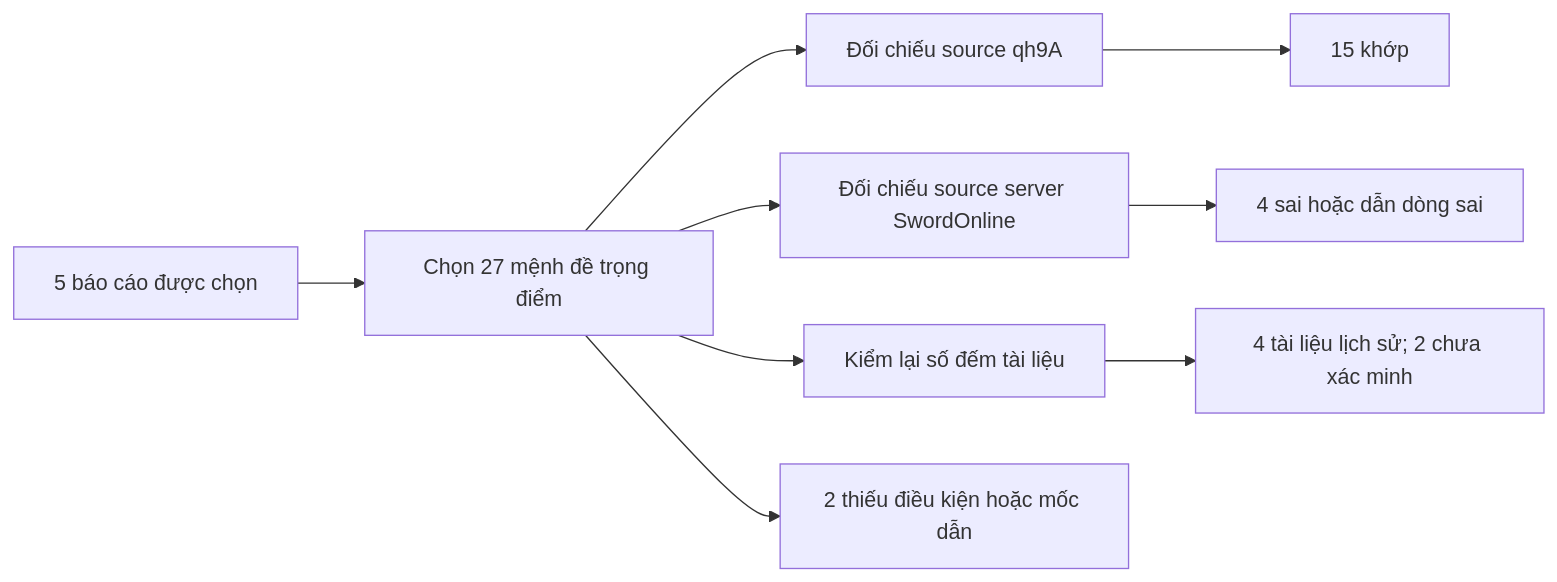
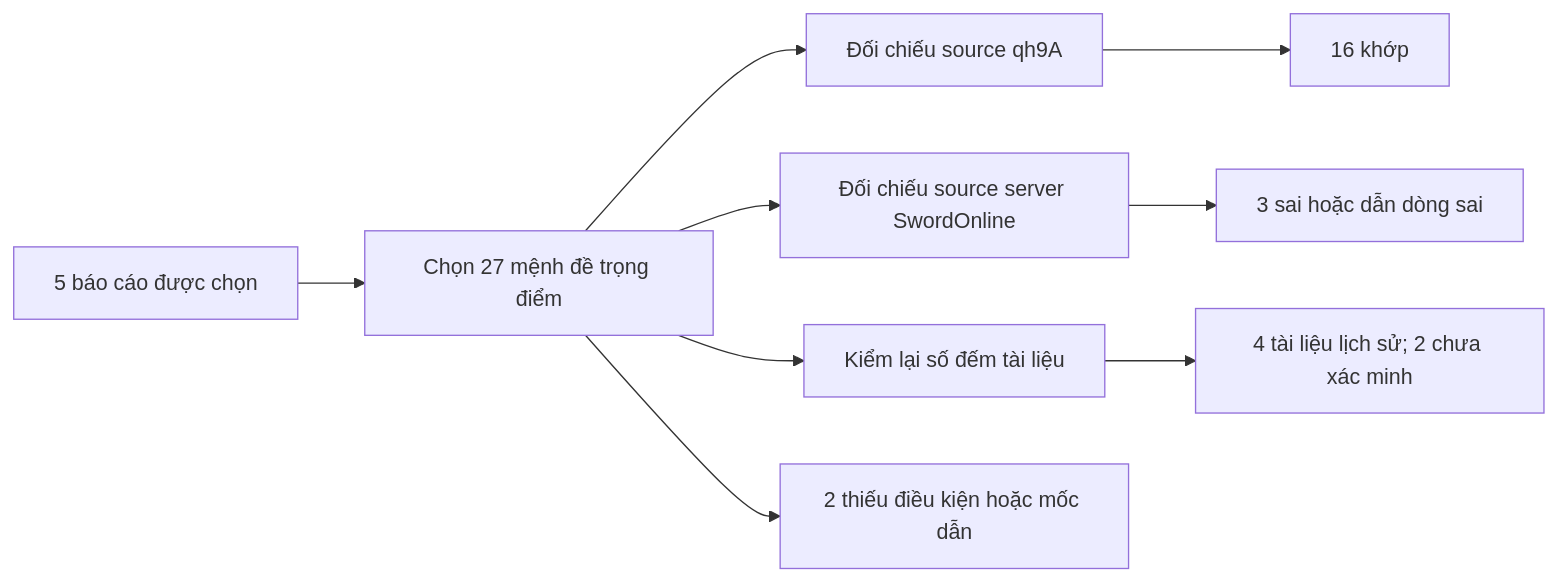
Before and after one commit to ndtangoss-dev/jx1-reports: the diagram in JX1_OPS/REPORTS/KIEM-CHEO-01.md, drawn with Mermaid. The commit also changed other lines of this file, not shown here.

````diff
--- a/JX1_OPS/REPORTS/KIEM-CHEO-01.md
+++ b/JX1_OPS/REPORTS/KIEM-CHEO-01.md
@@ -17,11 +17,11 @@
 ```mermaid
 flowchart LR
     A[5 báo cáo được chọn] --> B[Chọn 27 mệnh đề trọng điểm]
     B --> C[Đối chiếu source qh9A]
     B --> D[Đối chiếu source server SwordOnline]
     B --> E[Kiểm lại số đếm tài liệu]
-    C --> F[15 khớp]
-    D --> G[4 sai hoặc dẫn dòng sai]
+    C --> F[16 khớp]
+    D --> G[3 sai hoặc dẫn dòng sai]
     E --> H[4 tài liệu lịch sử; 2 chưa xác minh]
     B --> I[2 thiếu điều kiện hoặc mốc dẫn]
 ```
````
